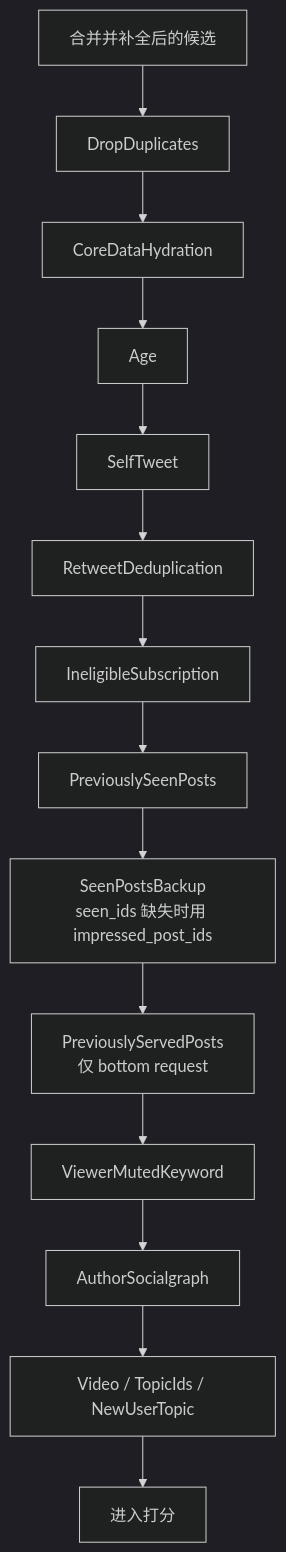
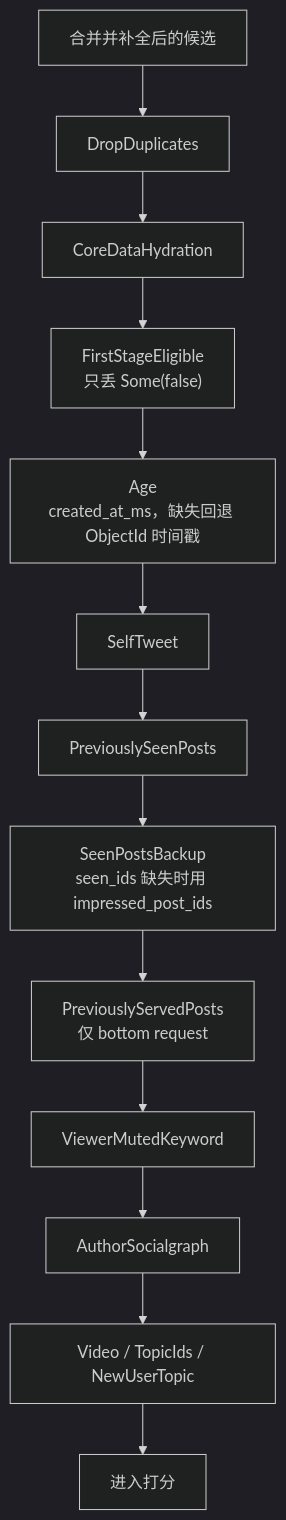
Before and after one commit to freefcw/x-algorithm: the second of 4 diagrams in docs/home-mixer/04-retrieval-filter-ranking.md, drawn with Mermaid (dark theme). The commit also changed other lines of this file and 21 other files, not shown here.

````diff
--- a/docs/home-mixer/04-retrieval-filter-ranking.md
+++ b/docs/home-mixer/04-retrieval-filter-ranking.md
@@ -80,16 +102,15 @@
 ```mermaid
 flowchart TD
     A["合并并补全后的候选"] --> F1["DropDuplicates"]
     F1 --> F2["CoreDataHydration"]
-    F2 --> F3["Age"]
+    F2 --> F2B["FirstStageEligible<br/>只丢 Some(false)"]
+    F2B --> F3["Age<br/>created_at_ms，缺失回退 ObjectId 时间戳"]
     F3 --> F4["SelfTweet"]
-    F4 --> F5["RetweetDeduplication"]
-    F5 --> F6["IneligibleSubscription"]
-    F6 --> F7["PreviouslySeenPosts"]
+    F4 --> F7["PreviouslySeenPosts"]
     F7 --> F7B["SeenPostsBackup<br/>seen_ids 缺失时用 impressed_post_ids"]
     F7B --> F8["PreviouslyServedPosts<br/>仅 bottom request"]
     F8 --> F9["ViewerMutedKeyword"]
     F9 --> F10["AuthorSocialgraph"]
     F10 --> F11["Video / TopicIds / NewUserTopic"]
     F11 --> B["进入打分"]
 ```
````
